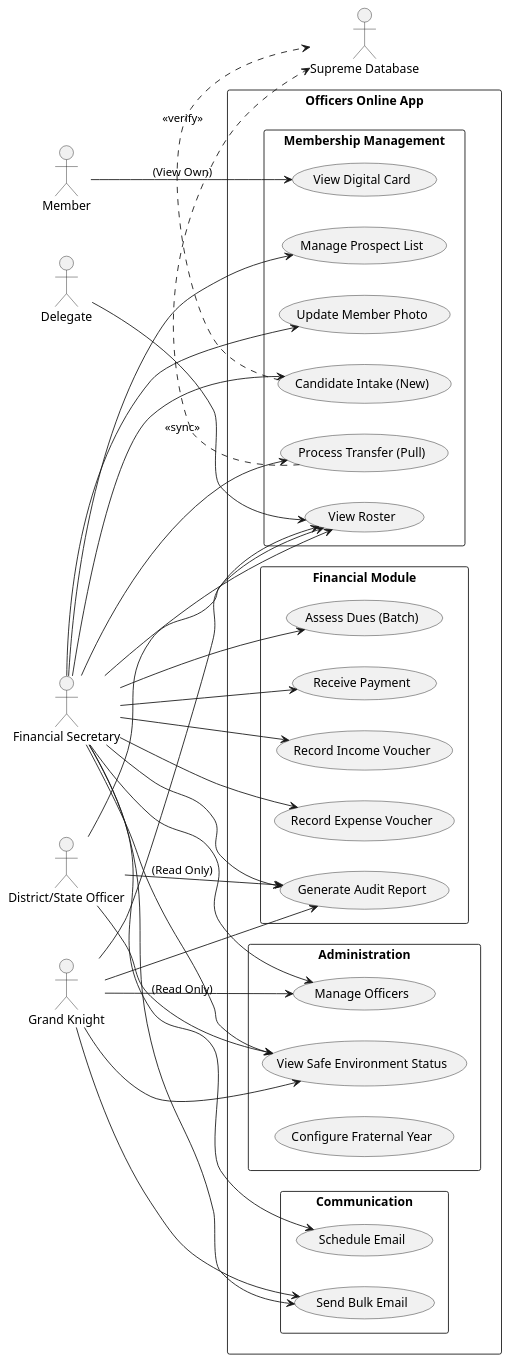
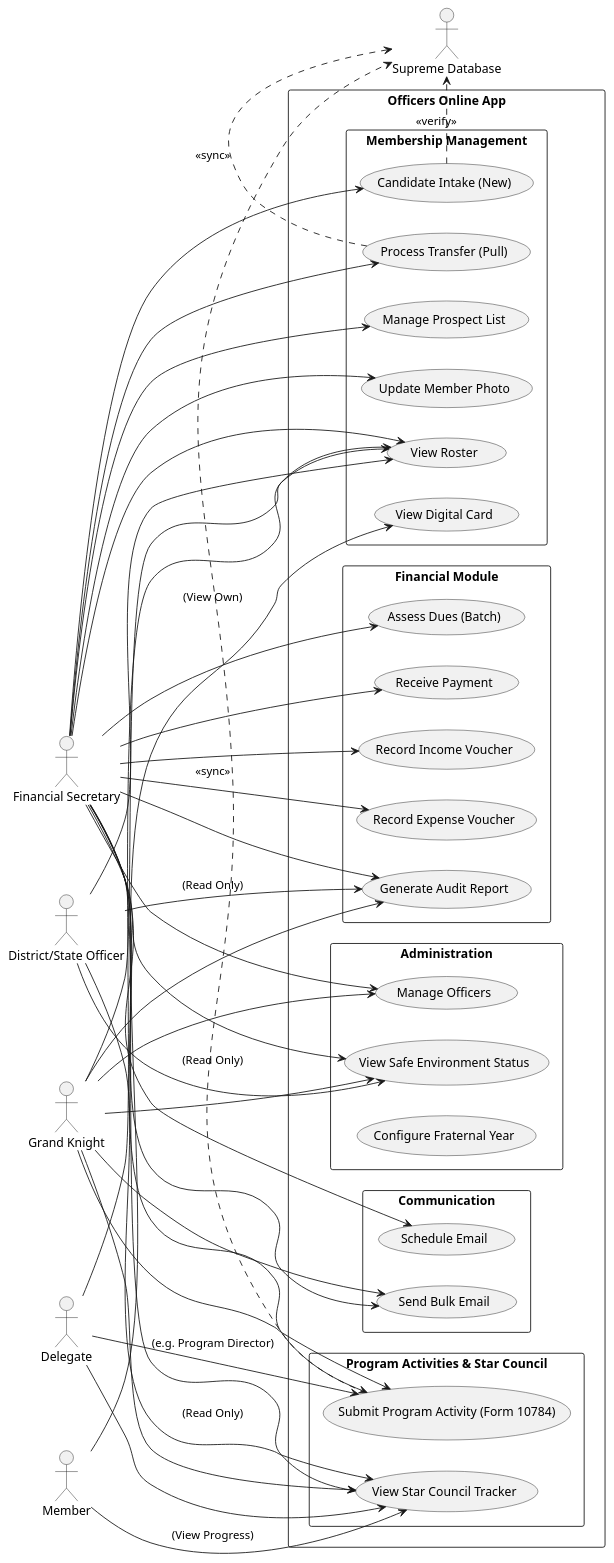
One commit to wsciaroni/kofc-oo-rewrite changed the diagram in docs/USE_CASES.md. Above: the diagram before and after it, drawn with PlantUML. The commit also changed other lines of this file and 6 other files, not shown here.

````diff
--- a/docs/USE_CASES.md
+++ b/docs/USE_CASES.md
@@ -54,6 +54,11 @@
     usecase "Send Bulk Email" as UC_Email
     usecase "Schedule Email" as UC_Schedule
   }
+
+  package "Program Activities & Star Council" {
+    usecase "Submit Program Activity (Form 10784)" as UC_SubmitForm10784
+    usecase "View Star Council Tracker" as UC_ViewStarCouncilTracker
+  }
 }
 
 ' Relationships
@@ -73,6 +78,8 @@
 FS --> UC_SafeEnv
 FS --> UC_Email
 FS --> UC_Schedule
+FS --> UC_SubmitForm10784
+FS --> UC_ViewStarCouncilTracker
 
 ' GK Relationships
 GK --> UC_Roster
@@ -80,22 +87,28 @@
 GK --> UC_SafeEnv
 GK --> UC_Officers
 GK --> UC_Email
+GK --> UC_SubmitForm10784
+GK --> UC_ViewStarCouncilTracker
 
 ' Delegate Relationships (Granular)
 Delegate --> UC_Roster
-' Note: Specific permissions would enable other UCs
+Delegate --> UC_SubmitForm10784 : (e.g. Program Director)
+Delegate --> UC_ViewStarCouncilTracker
 
 ' District Officer Relationships
 DO --> UC_Roster
 DO --> UC_Audit : (Read Only)
 DO --> UC_SafeEnv : (Read Only)
+DO --> UC_ViewStarCouncilTracker : (Read Only)
 
 ' Member Relationships
 Member --> UC_Card : (View Own)
+Member --> UC_ViewStarCouncilTracker : (View Progress)
 
 ' System Interactions
 UC_Intake .> Supreme : <<verify>>
 UC_Transfer .> Supreme : <<sync>>
+UC_SubmitForm10784 .> Supreme : <<sync>>
 
 @enduml
 ```
````
